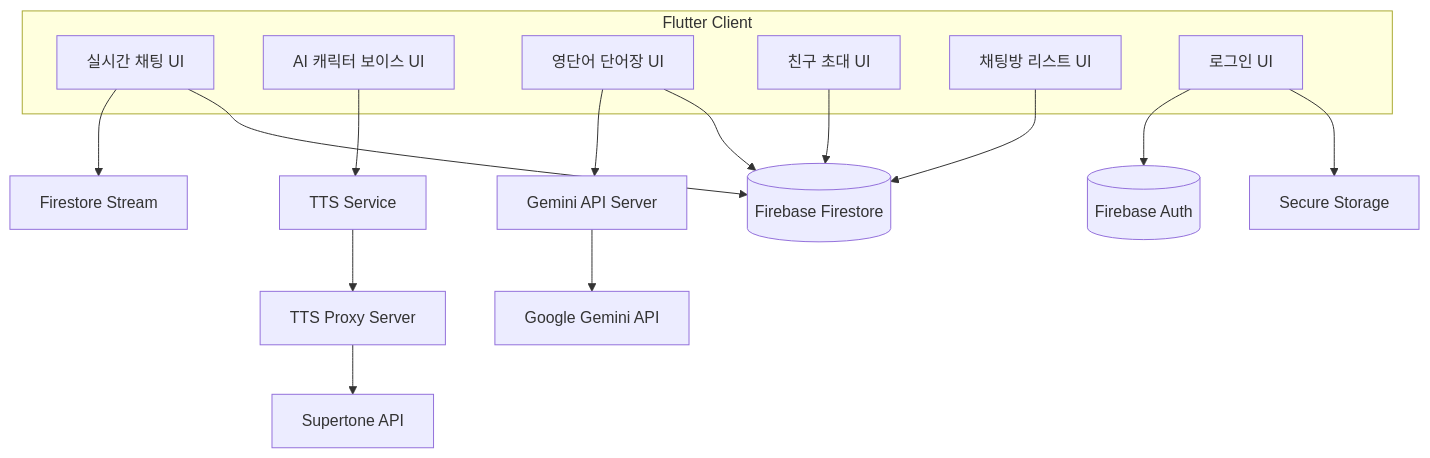
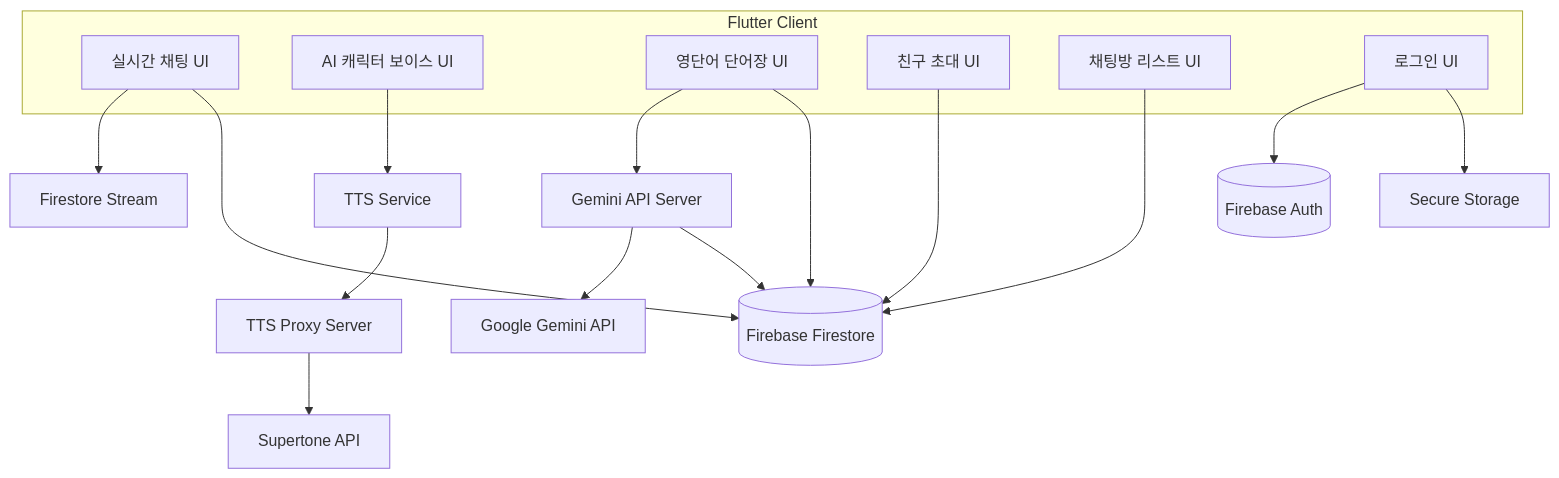
One commit to 8848man/machat changed the diagram in README.md. Above: the diagram before and after it, drawn with Mermaid.

````diff
--- a/README.md
+++ b/README.md
@@ -20,41 +20,42 @@
 ```mermaid
 graph TB
 
     %% --- 클라이언트 ---
     subgraph Client[Flutter Client]
         ChatUI[실시간 채팅 UI]
         VoiceUI[AI 캐릭터 보이스 UI]
         VocabUI[영단어 단어장 UI]
         InviteUI[친구 초대 UI]
         RoomListUI[채팅방 리스트 UI]
         LoginUI[로그인 UI]
     end
 
     %% --- 실시간 채팅 ---
     ChatUI --> FS_Stream[Firestore Stream]
     ChatUI --> FS_DB[Firebase Firestore]
 
     %% --- AI 캐릭터 보이스 ---
     VoiceUI --> TTS_Service[TTS Service]
     TTS_Service --> TTS_Proxy[TTS Proxy Server]
     TTS_Proxy --> Supertone[Supertone API]
 
     %% --- 단어장 기능 ---
     VocabUI --> Gemini_Server[Gemini API Server]
     Gemini_Server --> Gemini_API[Google Gemini API]
     VocabUI --> FS_DB
+    Gemini_Server --> FS_DB
 
     %% --- 친구 초대 ---
     InviteUI --> FS_DB
 
     %% --- 채팅방 리스트 관리 ---
     RoomListUI --> FS_DB
 
     %% --- 로그인 기능 ---
     LoginUI --> FB_Auth[Firebase Auth]
     LoginUI --> SecureStorage[Secure Storage]
 
     %% --- Firebase 공통 ---
     FS_DB[(Firebase Firestore)]
     FB_Auth[(Firebase Auth)]
 ```
````
